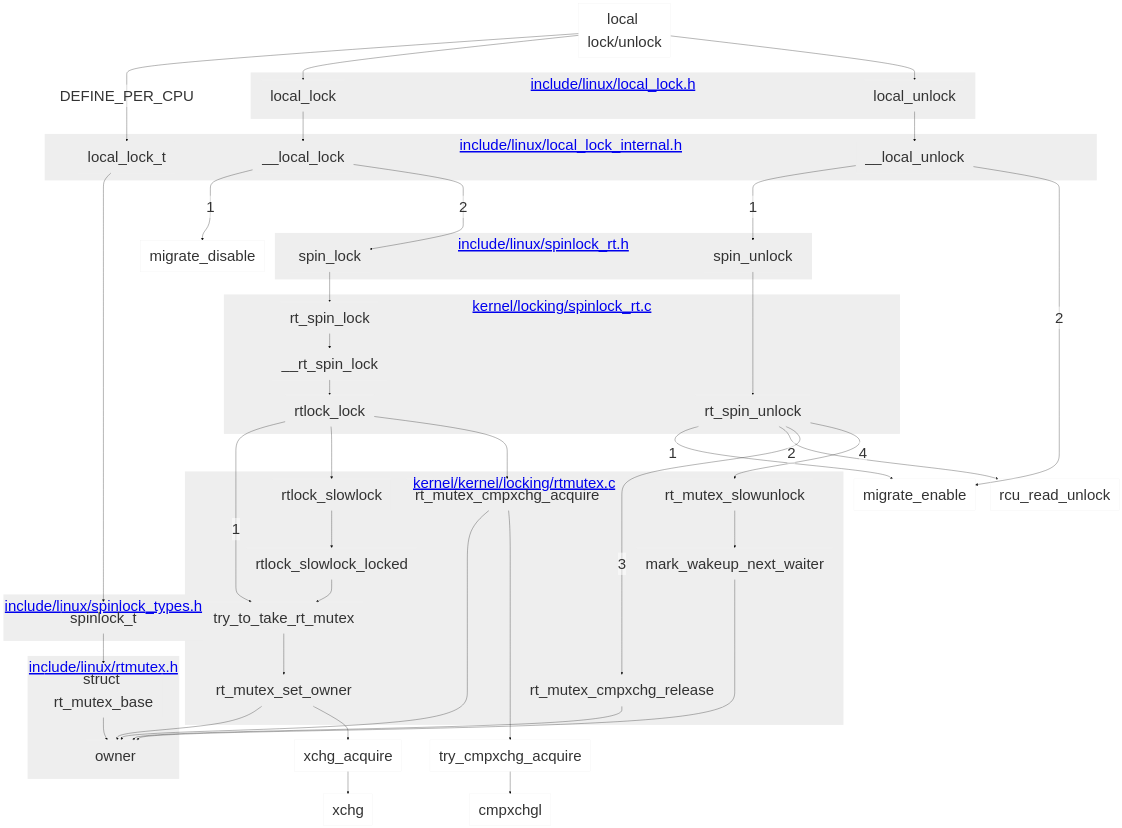
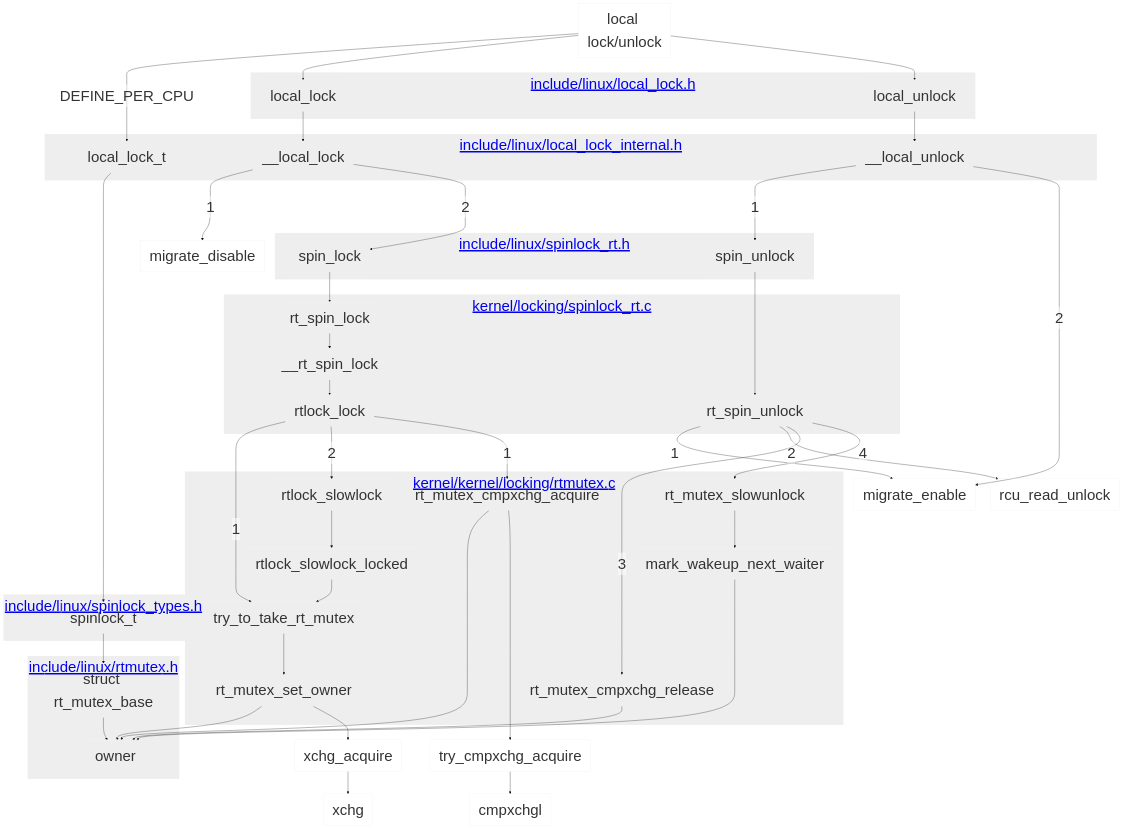
The second of 2 diagrams in rt-locks.md (makelinux/linux_kernel_map), drawn with Mermaid before and after one commit.

Commit message:
rtlock_lock -->|1| ...

````diff
--- a/rt-locks.md
+++ b/rt-locks.md
@@ -59,71 +59,71 @@
 ```mermaid
 %%{
 	init: {
 		'theme': 'base',
 		'themeVariables': {
         		'primaryColor': '#fff0',
         		'primaryBorderColor': '#eeef',
 			'clusterBkg': '#eeef',
 			'fontSize':'50px'
 		}
 	}
 }%%
 graph TB
 local["local lock/unlock"] -->|DEFINE_PER_CPU| local_lock_t
 local --> local_lock & local_unlock
 local_lock_t ----> spinlock_t
 subgraph "<a href=https://elixir.bootlin.com/linux/latest/source/include/linux/rtmutex.h>include/linux/rtmutex.h</a>"
 rt_mutex_base["struct rt_mutex_base"] --> owner
 end
 
 subgraph "<a href=https://elixir.bootlin.com/linux/latest/source/include/linux/spinlock_types.h>include/linux/spinlock_types.h</a>"
 spinlock_t --> rt_mutex_base
 end
 
 subgraph "<a href=https://elixir.bootlin.com/linux/latest/source/include/linux/local_lock.h>include/linux/local_lock.h</a>"
 local_lock
 local_unlock
 end
 subgraph "<a href=https://elixir.bootlin.com/linux/latest/source/include/linux/local_lock_internal.h>include/linux/local_lock_internal.h</a>"
 local_lock_t
 __local_lock
 __local_unlock
 end
 subgraph "<a href=https://elixir.bootlin.com/linux/latest/source/include/linux/spinlock_rt.h>include/linux/spinlock_rt.h</a>"
 %% spin_lock_irqsave --> spin_lock
 spin_lock
 spin_unlock
 %% spin_unlock_irqrestore
 end
 subgraph "<a href=https://elixir.bootlin.com/linux/latest/source/kernel/locking/spinlock_rt.c>kernel/locking/spinlock_rt.c</a>"
 rt_spin_lock --> __rt_spin_lock --> rtlock_lock
 %% spin_unlock_irqrestore --> rt_spin_unlock
 rt_spin_unlock
 end
 local_lock --> __local_lock --->|1| migrate_disable
 __local_lock -->|2| spin_lock --> rt_spin_lock
 rtlock_lock -->|1| try_to_take_rt_mutex
 
 subgraph "<a href=https://elixir.bootlin.com/linux/latest/source/kernel/kernel/locking/rtmutex.c>kernel/kernel/locking/rtmutex.c</a>"
-rtlock_lock --> rtlock_slowlock --> rtlock_slowlock_locked
+rtlock_lock -->|2| rtlock_slowlock --> rtlock_slowlock_locked
 --> try_to_take_rt_mutex --> rt_mutex_set_owner
-rtlock_lock --> rt_mutex_cmpxchg_acquire
+rtlock_lock -->|1| rt_mutex_cmpxchg_acquire
 rt_mutex_cmpxchg_release
 rt_mutex_slowunlock --> mark_wakeup_next_waiter --> owner
 end
 rt_mutex_cmpxchg_acquire --> owner
 rt_mutex_cmpxchg_acquire -----> try_cmpxchg_acquire --> cmpxchgl
 
 rt_mutex_set_owner --> owner
 rt_mutex_set_owner --> xchg_acquire -->xchg
 
 local_unlock --> __local_unlock --->|1| spin_unlock
 __local_unlock -->|2| migrate_enable
 spin_unlock ---> rt_spin_unlock
 rt_spin_unlock -->|1| migrate_enable
 rt_mutex_cmpxchg_release --> owner
 rt_spin_unlock -->|2| rcu_read_unlock
 rt_spin_unlock -->|3| rt_mutex_cmpxchg_release
 rt_spin_unlock -->|4| rt_mutex_slowunlock
 local_lock_t ~~~ spin_lock
 ```
````
